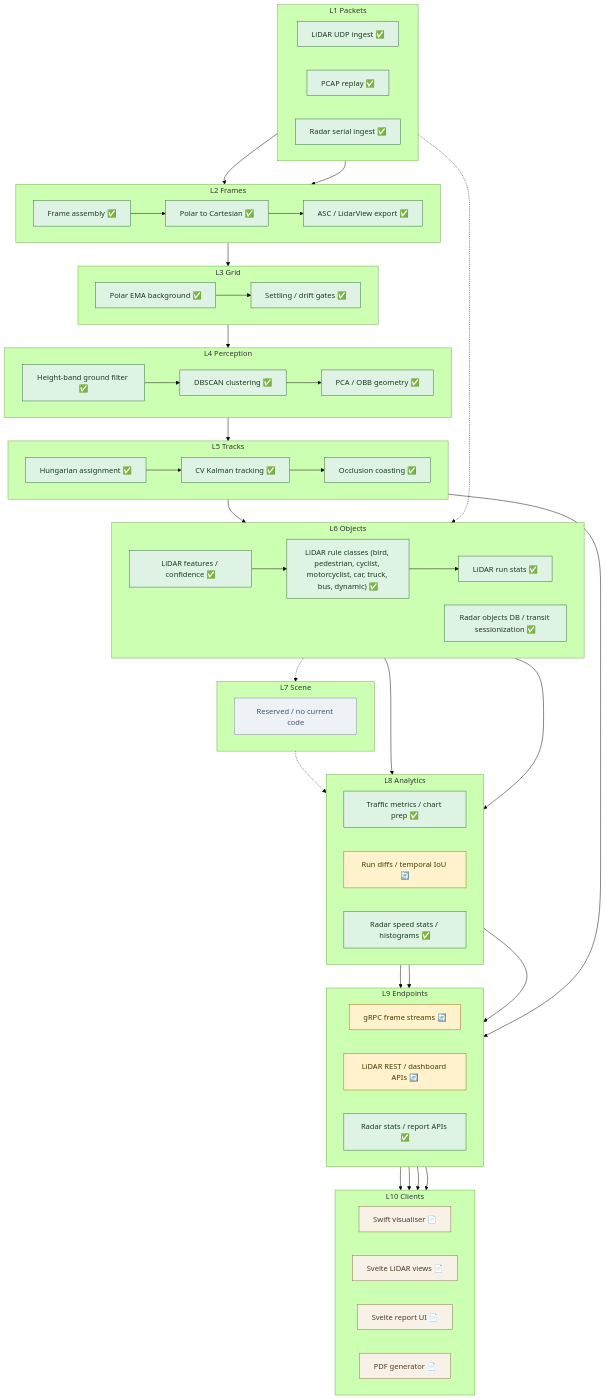
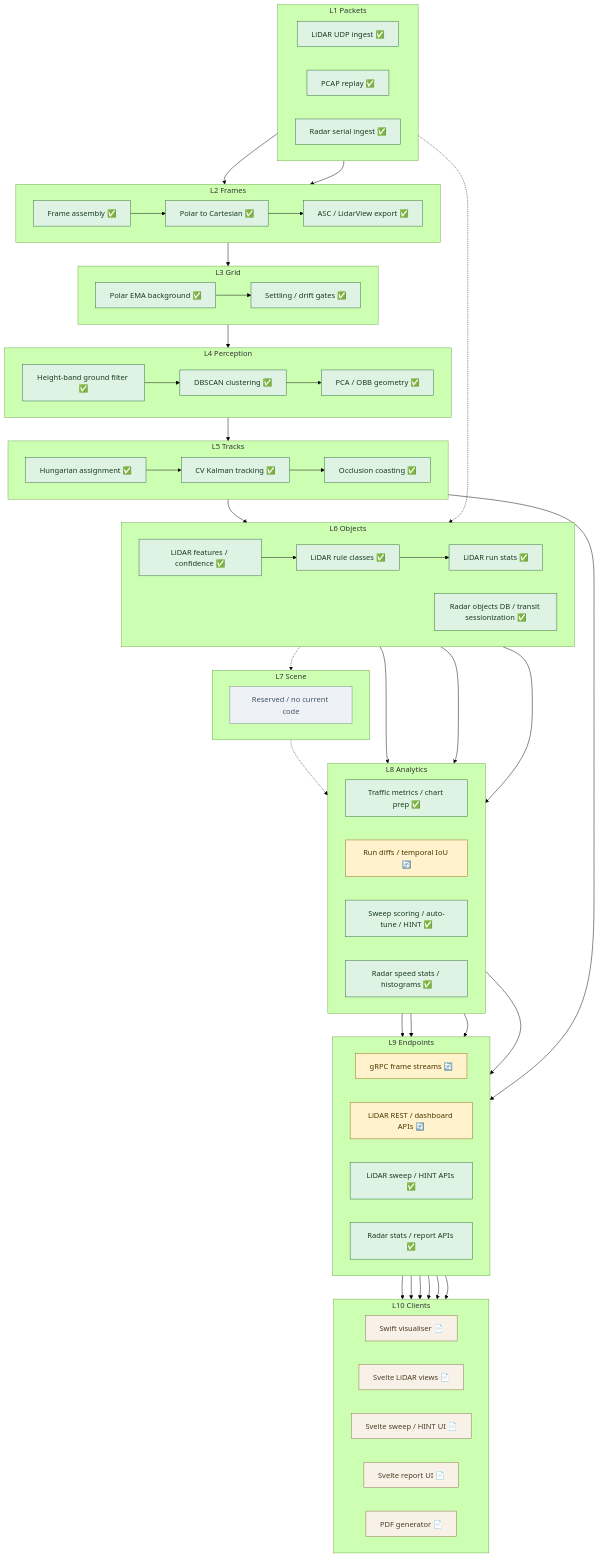
One commit to banshee-data/velocity.report changed the diagram in docs/lidar/architecture/lidar-data-layer-model.md. Above: the diagram before and after it, drawn with Mermaid (forest theme).

Commit message:
Align lidar layer flowchart

````diff
--- a/docs/lidar/architecture/lidar-data-layer-model.md
+++ b/docs/lidar/architecture/lidar-data-layer-model.md
@@ -85,7 +85,7 @@
     subgraph L6["L6 Objects"]
         direction LR
         A61["LiDAR features / confidence ✅"]
-        A62["LiDAR rule classes (bird, pedestrian, cyclist, motorcyclist, car, truck, bus, dynamic) ✅"]
+        A62["LiDAR rule classes ✅"]
         A63["LiDAR run stats ✅"]
         R61["Radar objects DB / transit sessionization ✅"]
     end
@@ -99,6 +99,7 @@
         direction LR
         A81["Traffic metrics / chart prep ✅"]
         A82["Run diffs / temporal IoU 🔄"]
+        A83["Sweep scoring / auto-tune / HINT ✅"]
         R81["Radar speed stats / histograms ✅"]
     end
 
@@ -106,6 +107,7 @@
         direction LR
         A91["gRPC frame streams 🔄"]
         A92["LiDAR REST / dashboard APIs 🔄"]
+        A93["LiDAR sweep / HINT APIs ✅"]
         R91["Radar stats / report APIs ✅"]
     end
 
@@ -113,6 +115,7 @@
         direction LR
         A101["Swift visualiser 📄"]
         A102["Svelte LiDAR views 📄"]
+        A103["Svelte sweep / HINT UI 📄"]
         R101["Svelte report UI 📄"]
         R102["PDF generator 📄"]
     end
@@ -135,11 +138,15 @@
     A63 -.-> A71
     A71 -.-> A81
     A63 --> A82
+    A63 --> A83
     A53 --> A91
     A81 --> A92
     A82 --> A92
     A91 --> A101
     A92 --> A102
+    A92 --> A103
+    A83 --> A93
+    A93 --> A103
 
     R11 -.-> R61
     R61 --> R81
@@ -147,8 +154,8 @@
     R91 --> R101
     R91 --> R102
 
-    class A11,A12,R11,A21,A22,A23,A31,A32,A41,A42,A43,A51,A52,A53,A61,A62,A63,R61,A81,R81,R91 implemented;
+    class A11,A12,R11,A21,A22,A23,A31,A32,A41,A42,A43,A51,A52,A53,A61,A62,A63,R61,A81,A83,A93,R81,R91 implemented;
     class A82,A91,A92 partial;
     class A71 gap;
-    class A101,A102,R101,R102 client;
+    class A101,A102,A103,R101,R102 client;
 ```
````
